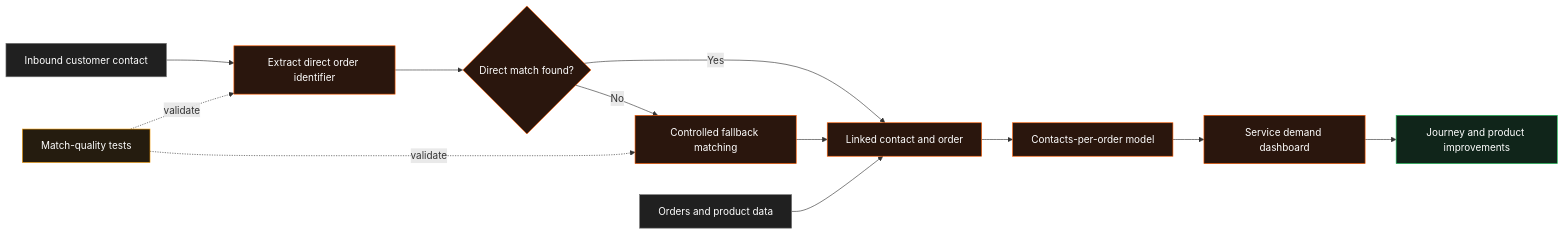
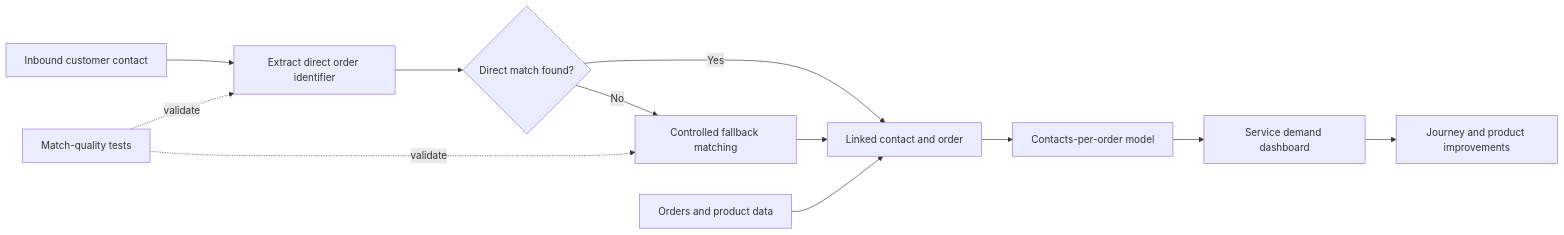
The diagram in docs/portfolio/projects/customer-contact-intelligence.md (noelogbuagu/mkdocs-website-template), drawn with Mermaid before and after one commit. The commit also changed 9 other files, not shown here.

First line of the commit message:
Improve case-study Mermaid diagrams for brand and readability.

````diff
--- a/docs/portfolio/projects/customer-contact-intelligence.md
+++ b/docs/portfolio/projects/customer-contact-intelligence.md
@@ -59,25 +59,21 @@
 ```mermaid
 flowchart LR
     A[Inbound customer contact] --> B[Extract direct order identifier]
     B --> C{Direct match found?}
     C -- Yes --> E[Linked contact and order]
     C -- No --> D[Controlled fallback matching]
     D --> E
     F[Orders and product data] --> E
     E --> G[Contacts-per-order model]
     G --> H[Service demand dashboard]
     H --> I[Journey and product improvements]
 
     J[Match-quality tests] -. validate .-> B
     J -. validate .-> D
 
-    classDef source fill:#202020,stroke:#737373,color:#ffffff;
-    classDef process fill:#2a160d,stroke:#ff5d00,color:#ffffff;
-    classDef outcome fill:#10251a,stroke:#22c55e,color:#ffffff;
-    classDef control fill:#251c0f,stroke:#f59e0b,color:#ffffff;
-
+    %% Role colours come from docs/stylesheets/mermaid.css (light + dark).
     class A,F source;
     class B,C,D,E,G,H process;
     class I outcome;
     class J control;
 ```
````
